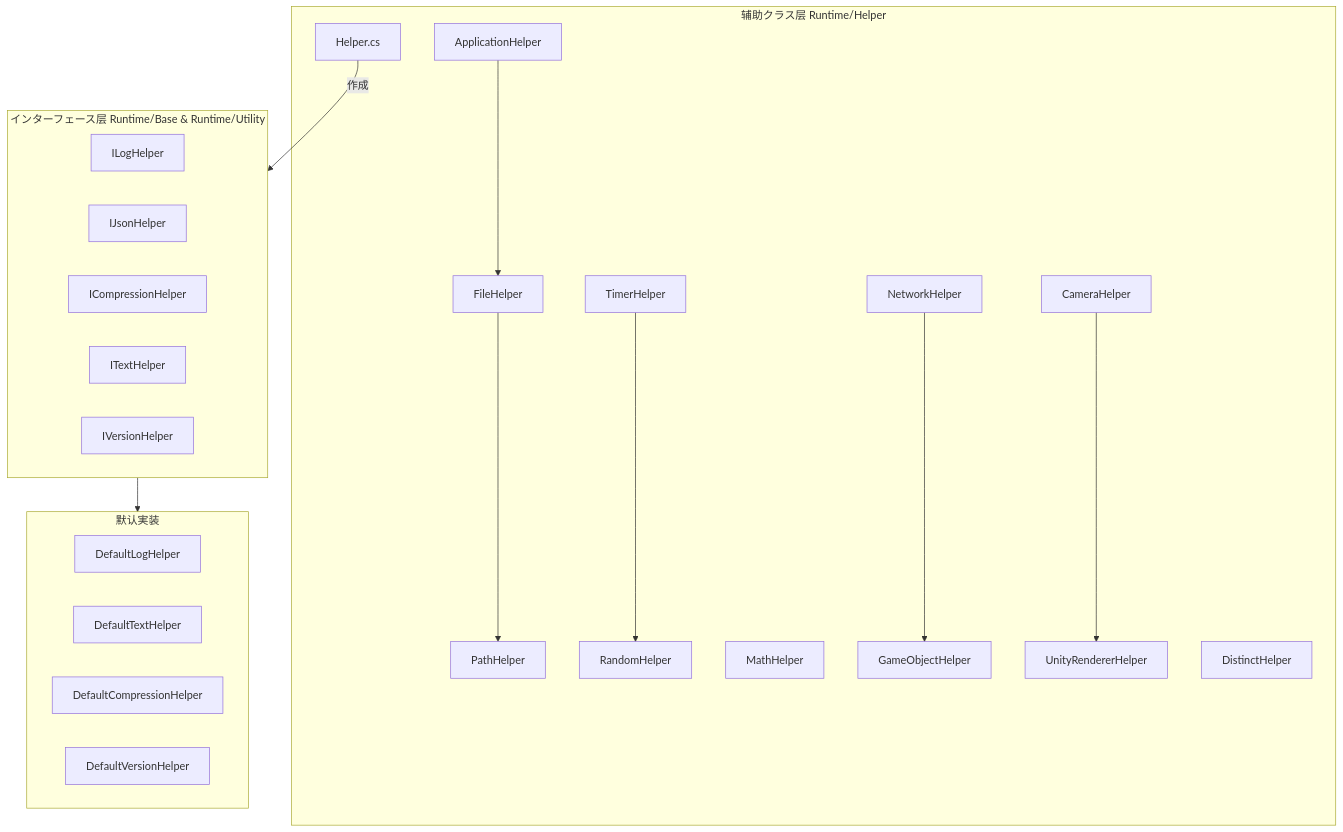
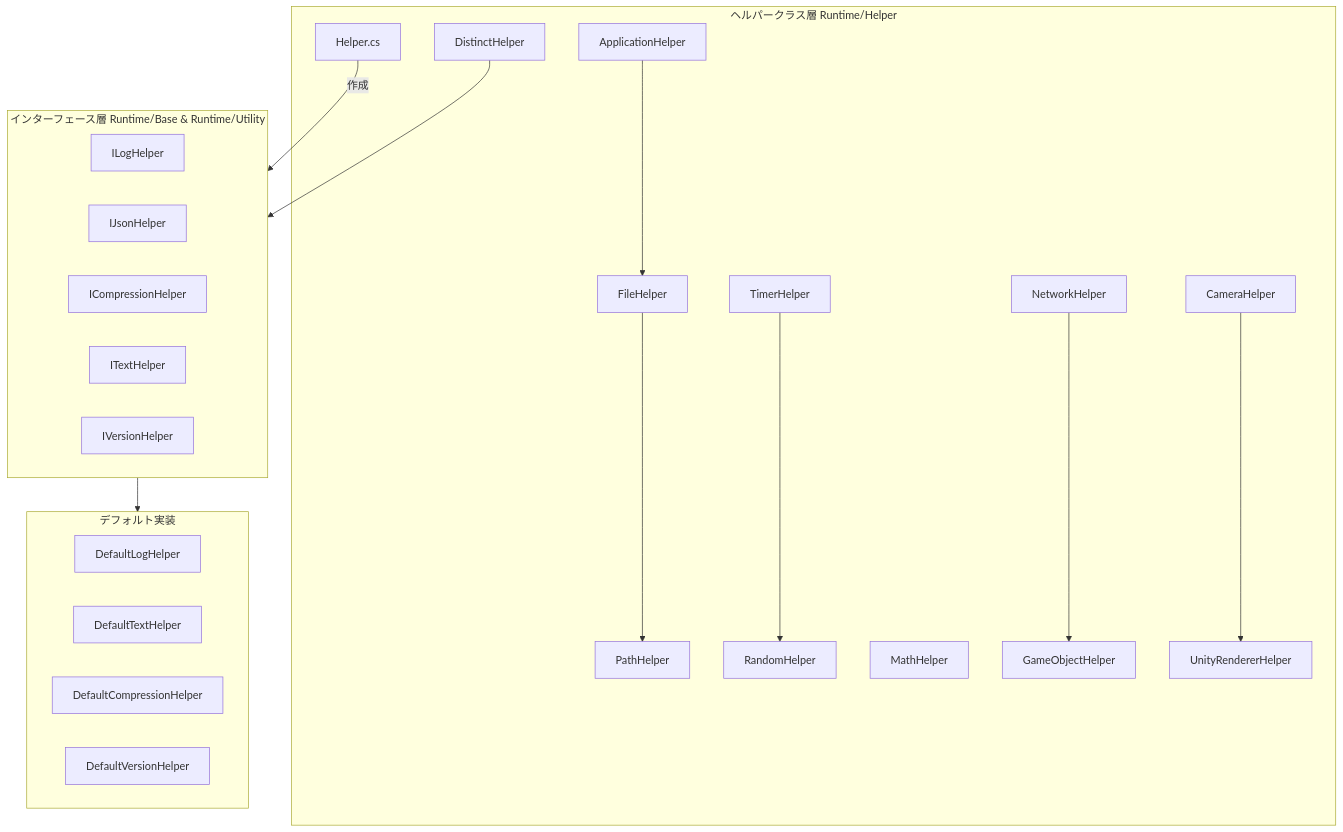
The diagram in docs/ja/client/unity/component/core/17.helper-classes.md (AlianBlank/GameFrameX.Docs), drawn with Mermaid before and after one commit. The commit also changed other lines of this file and 320 other files, not shown here.

````diff
--- a/docs/ja/client/unity/component/core/17.helper-classes.md
+++ b/docs/ja/client/unity/component/core/17.helper-classes.md
@@ -38,40 +38,41 @@
 ```mermaid
 graph TB
-    subgraph HelperLayer["辅助クラス层 Runtime/Helper"]
+    subgraph HelperLayer["ヘルパークラス層 Runtime/Helper"]
         H1[Helper.cs]
         H2[ApplicationHelper]
         H3[FileHelper]
         H4[PathHelper]
         H5[TimerHelper]
         H6[RandomHelper]
         H7[MathHelper]
         H8[NetworkHelper]
         H9[GameObjectHelper]
         H10[CameraHelper]
         H11[UnityRendererHelper]
         H12[DistinctHelper]
     end
 
-    subgraph InterfaceLayer["インターフェース层 Runtime/Base & Runtime/Utility"]
+    subgraph InterfaceLayer["インターフェース層 Runtime/Base & Runtime/Utility"]
         I1[ILogHelper]
         I2[IJsonHelper]
         I3[ICompressionHelper]
         I4[ITextHelper]
         I5[IVersionHelper]
     end
 
-    subgraph DefaultImpl["默认実装"]
+    subgraph DefaultImpl["デフォルト実装"]
         D1[DefaultLogHelper]
         D2[DefaultTextHelper]
         D3[DefaultCompressionHelper]
         D4[DefaultVersionHelper]
     end
 
     H1 -->|作成| InterfaceLayer
     H2 --> H3
     H3 --> H4
     H5 --> H6
     H8 --> H9
     H10 --> H11
+    H12 --> InterfaceLayer
     InterfaceLayer --> DefaultImpl
 ```
````
